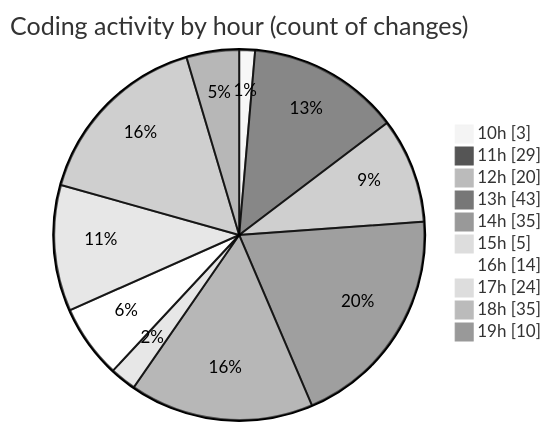
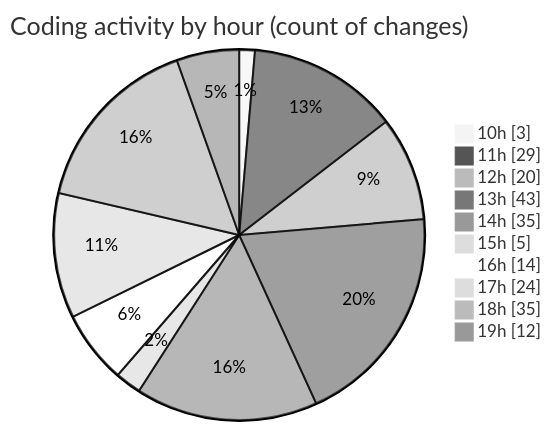
The second of 2 diagrams in 2025-08-14/ribbon/README.md (EIIisD/code-tracking), drawn with Mermaid (neutral theme) before and after one commit. The commit also changed other lines of this file and 1 other file, not shown here.

````diff
--- a/2025-08-14/ribbon/README.md
+++ b/2025-08-14/ribbon/README.md
@@ -45,14 +45,14 @@
 ```mermaid
 pie showData
 title Coding activity by hour (count of changes)
 "10h" : 3
 "11h" : 29
 "12h" : 20
 "13h" : 43
 "14h" : 35
 "15h" : 5
 "16h" : 14
 "17h" : 24
 "18h" : 35
-"19h" : 10
+"19h" : 12
 ```
````
